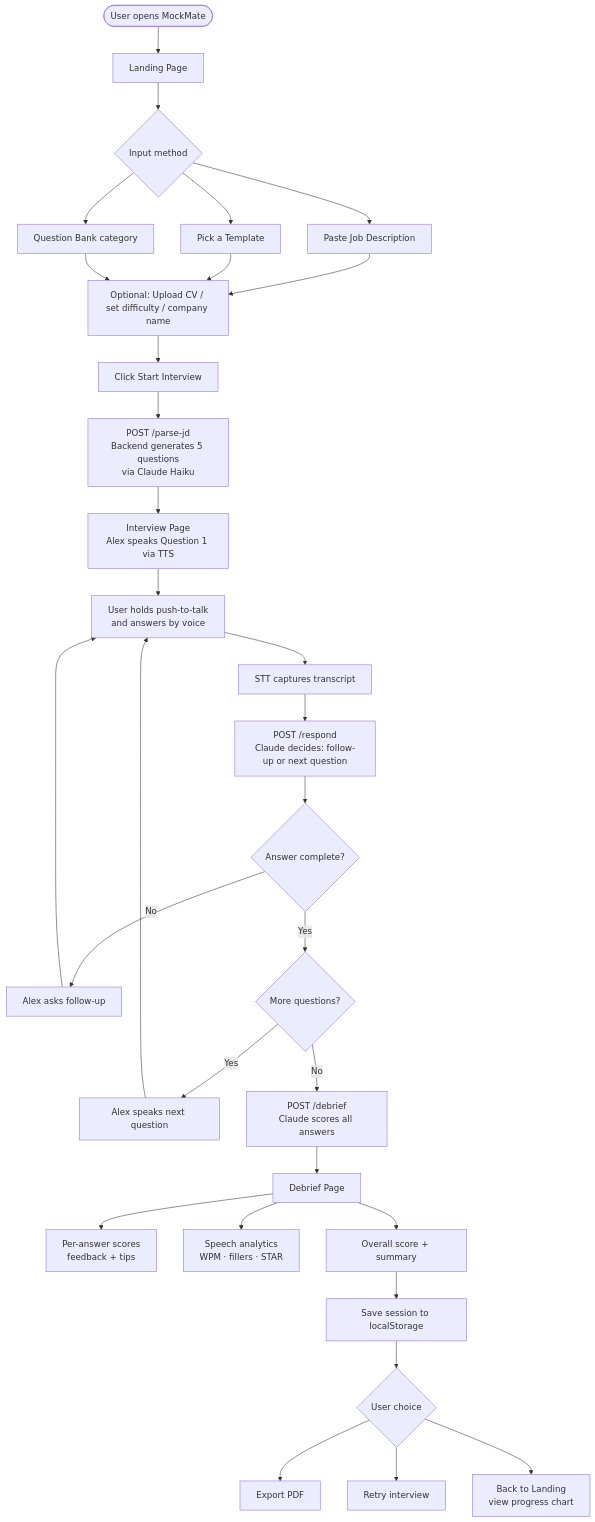
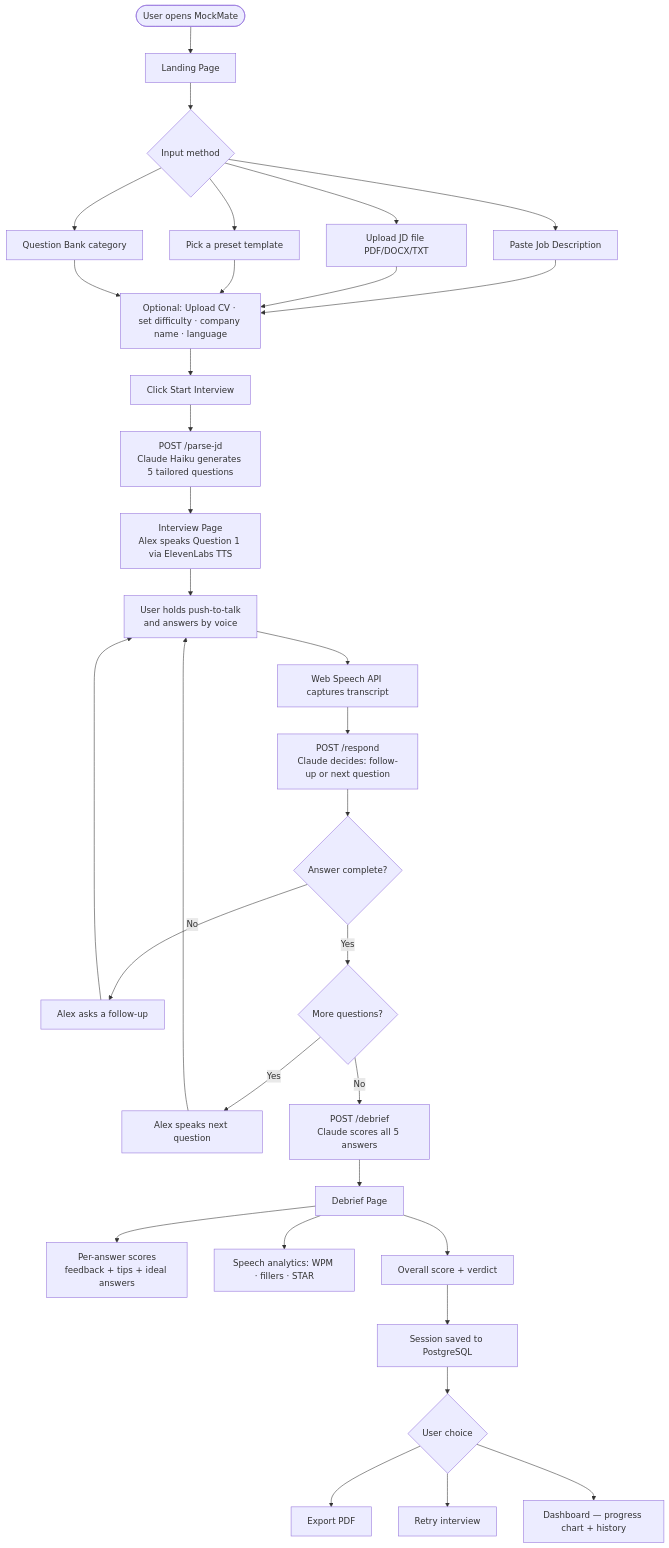
One commit to omairtemurian/MockMate changed the diagram in README.md. Above: the diagram before and after it, drawn with Mermaid. The commit also changed other lines of this file, not shown here.

Commit message:
Update README: ElevenLabs voice, DB, Dashboard, CV Profile, Docker

````diff
--- a/README.md
+++ b/README.md
@@ -9,39 +11,40 @@
 ```mermaid
 flowchart TD
     A([User opens MockMate]) --> B[Landing Page]
 
     B --> C{Input method}
     C --> D[Paste Job Description]
-    C --> E[Pick a Template]
-    C --> F[Question Bank category]
+    C --> E[Upload JD file PDF/DOCX/TXT]
+    C --> F[Pick a preset template]
+    C --> G[Question Bank category]
 
-    D & E & F --> G[Optional: Upload CV / set difficulty / company name]
-    G --> H[Click Start Interview]
+    D & E & F & G --> H[Optional: Upload CV · set difficulty · company name · language]
+    H --> I[Click Start Interview]
 
-    H --> I[POST /parse-jd\nBackend generates 5 questions\nvia Claude Haiku]
+    I --> J[POST /parse-jd\nClaude Haiku generates 5 tailored questions]
 
-    I --> J[Interview Page\nAlex speaks Question 1 via TTS]
+    J --> K[Interview Page\nAlex speaks Question 1 via ElevenLabs TTS]
 
-    J --> K[User holds push-to-talk\nand answers by voice]
-    K --> L[STT captures transcript]
-    L --> M[POST /respond\nClaude decides: follow-up or next question]
+    K --> L[User holds push-to-talk\nand answers by voice]
+    L --> M[Web Speech API captures transcript]
+    M --> N[POST /respond\nClaude decides: follow-up or next question]
 
-    M --> N{Answer complete?}
-    N -- No --> O[Alex asks follow-up]
-    O --> K
-    N -- Yes --> P{More questions?}
-    P -- Yes --> Q[Alex speaks next question]
-    Q --> K
-    P -- No --> R[POST /debrief\nClaude scores all answers]
+    N --> O{Answer complete?}
+    O -- No --> P[Alex asks a follow-up]
+    P --> L
+    O -- Yes --> Q{More questions?}
+    Q -- Yes --> R[Alex speaks next question]
+    R --> L
+    Q -- No --> S[POST /debrief\nClaude scores all 5 answers]
 
-    R --> S[Debrief Page]
-    S --> T[Per-answer scores\nfeedback + tips]
-    S --> U[Speech analytics\nWPM · fillers · STAR]
-    S --> V[Overall score + summary]
+    S --> T[Debrief Page]
+    T --> U[Per-answer scores\nfeedback + tips + ideal answers]
+    T --> V[Speech analytics: WPM · fillers · STAR]
+    T --> W[Overall score + verdict]
 
-    V --> W[Save session to localStorage]
-    W --> X{User choice}
-    X --> Y[Export PDF]
-    X --> Z[Retry interview]
-    X --> AA[Back to Landing\nview progress chart]
+    W --> X[Session saved to PostgreSQL]
+    X --> Y{User choice}
+    Y --> Z[Export PDF]
+    Y --> AA[Retry interview]
+    Y --> AB[Dashboard — progress chart + history]
 ```
````
